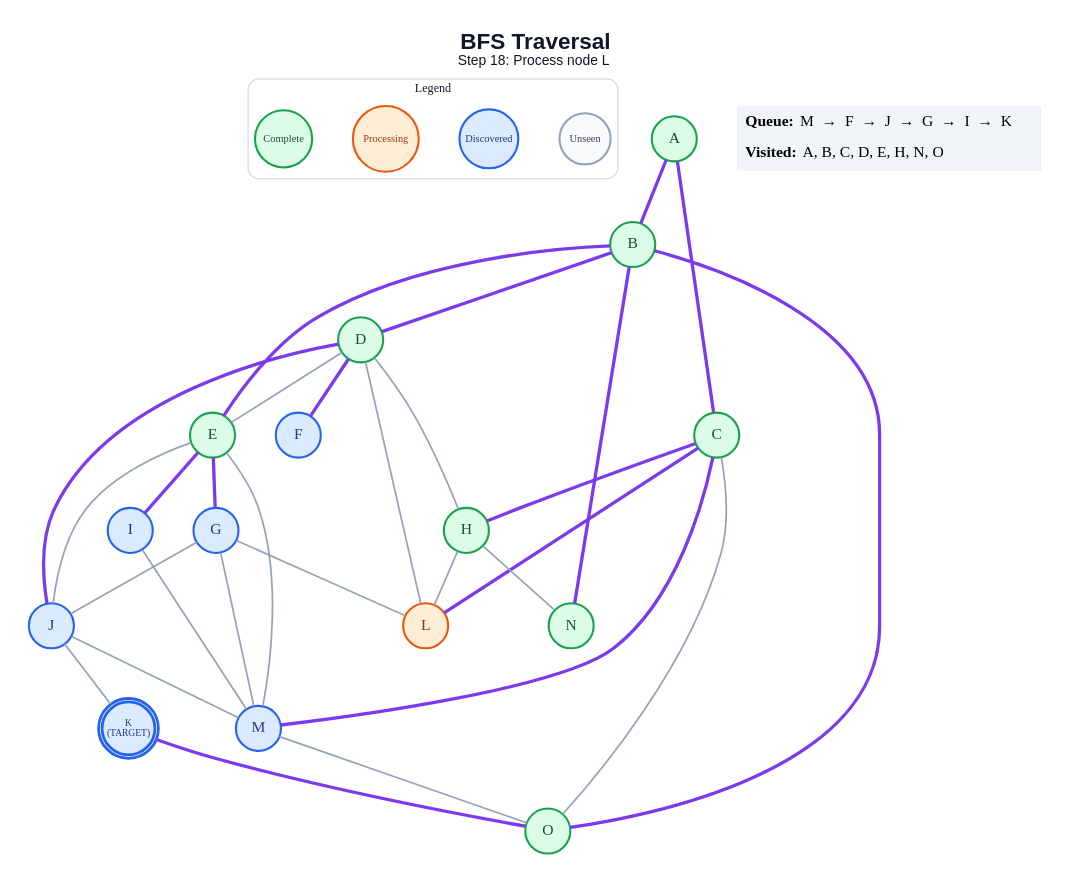
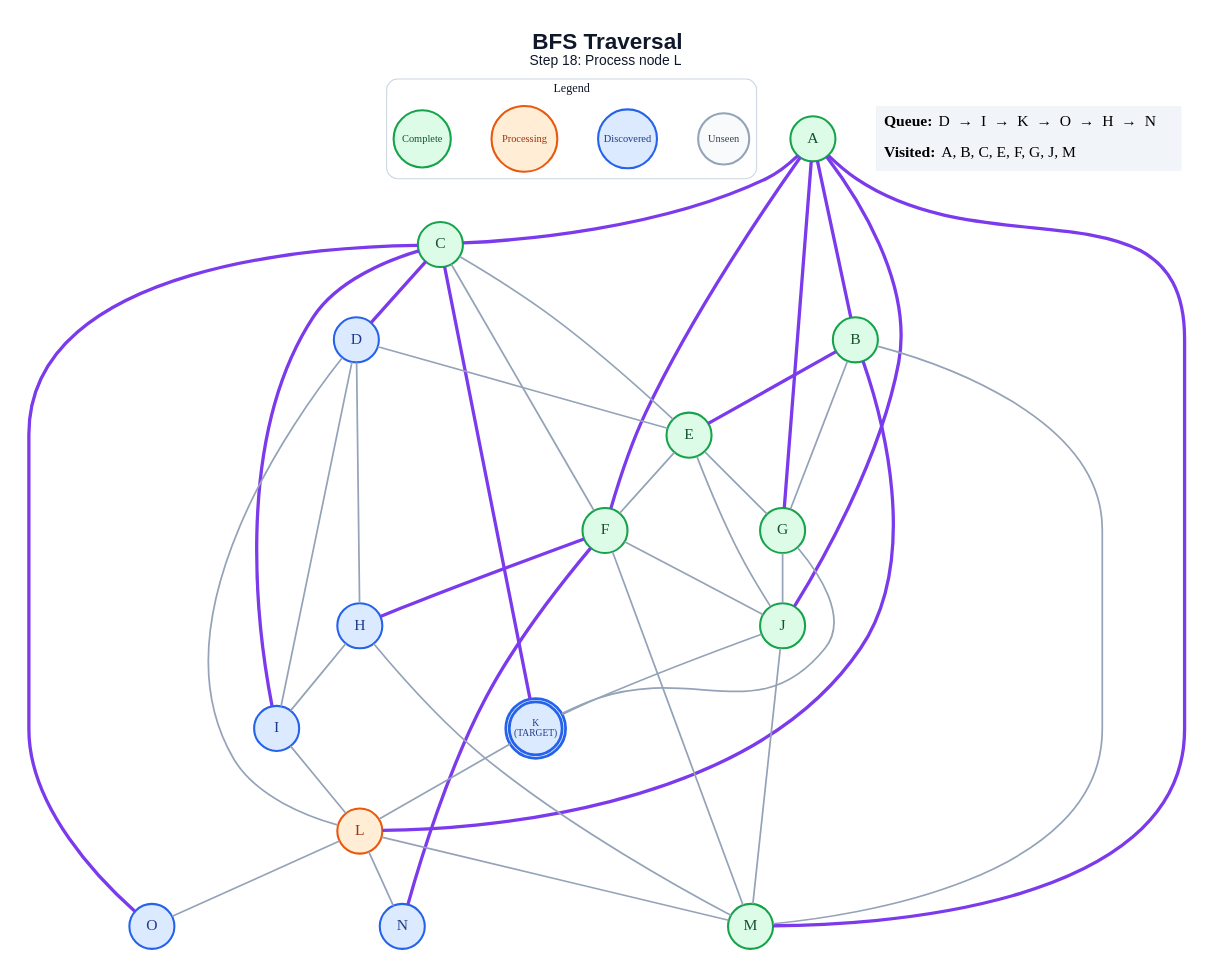
Before and after one commit to anon7238593-create/ai-slop: the diagram in generated/bfs/step_18.dot, drawn with Graphviz. The commit also changed 279 other files, not shown here.

```diff
--- a/generated/bfs/step_18.dot
+++ b/generated/bfs/step_18.dot
@@ -1,63 +1,72 @@
 graph traversal {
   graph [layout=dot, rankdir=TB, bgcolor="#FFFFFF", pad="0.35", nodesep="0.65", ranksep="0.8", fontname="Arial"];
   node [shape=circle, style="filled", fontname="Arial Bold", fontsize=18, width=0.72, fixedsize=true, penwidth=2.4];
   edge [color="#94A3B8", penwidth=2.0];
   label=<<B>BFS Traversal</B><BR/><FONT POINT-SIZE="16">Step 18: Process node L</FONT>>; labelloc="t"; fontsize=26; fontname="Arial"; fontcolor="#0F172A";
   subgraph cluster_legend { label="Legend"; color="#CBD5E1"; penwidth=1.2; style="rounded"; fontsize=14; fontname="Arial Bold";
     key_unseen [label="Unseen", fillcolor="#F8FAFC", color="#94A3B8", fontcolor="#334155", fontsize=12, width=0.82];
     key_frontier [label="Discovered", fillcolor="#DBEAFE", color="#2563EB", fontcolor="#1E3A8A", fontsize=12, width=0.95];
     key_current [label="Processing", fillcolor="#FFEDD5", color="#EA580C", fontcolor="#9A3412", fontsize=12, width=1.05];
     key_done [label="Complete", fillcolor="#DCFCE7", color="#16A34A", fontcolor="#14532D", fontsize=12, width=0.92];
     { rank=same; key_unseen; key_frontier; key_current; key_done; }
   }
   A [label="A", fillcolor="#DCFCE7", color="#16A34A", fontcolor="#14532D", peripheries=1, penwidth=2.4];
   B [label="B", fillcolor="#DCFCE7", color="#16A34A", fontcolor="#14532D", peripheries=1, penwidth=2.4];
   C [label="C", fillcolor="#DCFCE7", color="#16A34A", fontcolor="#14532D", peripheries=1, penwidth=2.4];
-  D [label="D", fillcolor="#DCFCE7", color="#16A34A", fontcolor="#14532D", peripheries=1, penwidth=2.4];
+  D [label="D", fillcolor="#DBEAFE", color="#2563EB", fontcolor="#1E3A8A", peripheries=1, penwidth=2.4];
   E [label="E", fillcolor="#DCFCE7", color="#16A34A", fontcolor="#14532D", peripheries=1, penwidth=2.4];
-  F [label="F", fillcolor="#DBEAFE", color="#2563EB", fontcolor="#1E3A8A", peripheries=1, penwidth=2.4];
-  G [label="G", fillcolor="#DBEAFE", color="#2563EB", fontcolor="#1E3A8A", peripheries=1, penwidth=2.4];
-  H [label="H", fillcolor="#DCFCE7", color="#16A34A", fontcolor="#14532D", peripheries=1, penwidth=2.4];
+  F [label="F", fillcolor="#DCFCE7", color="#16A34A", fontcolor="#14532D", peripheries=1, penwidth=2.4];
+  G [label="G", fillcolor="#DCFCE7", color="#16A34A", fontcolor="#14532D", peripheries=1, penwidth=2.4];
+  H [label="H", fillcolor="#DBEAFE", color="#2563EB", fontcolor="#1E3A8A", peripheries=1, penwidth=2.4];
   I [label="I", fillcolor="#DBEAFE", color="#2563EB", fontcolor="#1E3A8A", peripheries=1, penwidth=2.4];
-  J [label="J", fillcolor="#DBEAFE", color="#2563EB", fontcolor="#1E3A8A", peripheries=1, penwidth=2.4];
+  J [label="J", fillcolor="#DCFCE7", color="#16A34A", fontcolor="#14532D", peripheries=1, penwidth=2.4];
   K [label="K\n(TARGET)", fillcolor="#DBEAFE", color="#2563EB", fontcolor="#1E3A8A", peripheries=2, penwidth=3.2, fontsize=11, width=0.85, height=0.85];
   L [label="L", fillcolor="#FFEDD5", color="#EA580C", fontcolor="#9A3412", peripheries=1, penwidth=2.4];
-  M [label="M", fillcolor="#DBEAFE", color="#2563EB", fontcolor="#1E3A8A", peripheries=1, penwidth=2.4];
-  N [label="N", fillcolor="#DCFCE7", color="#16A34A", fontcolor="#14532D", peripheries=1, penwidth=2.4];
-  O [label="O", fillcolor="#DCFCE7", color="#16A34A", fontcolor="#14532D", peripheries=1, penwidth=2.4];
+  M [label="M", fillcolor="#DCFCE7", color="#16A34A", fontcolor="#14532D", peripheries=1, penwidth=2.4];
+  N [label="N", fillcolor="#DBEAFE", color="#2563EB", fontcolor="#1E3A8A", peripheries=1, penwidth=2.4];
+  O [label="O", fillcolor="#DBEAFE", color="#2563EB", fontcolor="#1E3A8A", peripheries=1, penwidth=2.4];
   A -- B [color="#7C3AED", penwidth=3.8];
   A -- C [color="#7C3AED", penwidth=3.8];
-  B -- D [color="#7C3AED", penwidth=3.8];
+  A -- F [color="#7C3AED", penwidth=3.8];
+  A -- G [color="#7C3AED", penwidth=3.8];
+  A -- J [color="#7C3AED", penwidth=3.8];
+  A -- M [color="#7C3AED", penwidth=3.8];
   B -- E [color="#7C3AED", penwidth=3.8];
-  B -- N [color="#7C3AED", penwidth=3.8];
-  B -- O [color="#7C3AED", penwidth=3.8];
-  C -- H [color="#7C3AED", penwidth=3.8];
-  C -- L [color="#7C3AED", penwidth=3.8];
-  C -- M [color="#7C3AED", penwidth=3.8];
-  C -- O;
+  B -- G;
+  B -- L [color="#7C3AED", penwidth=3.8];
+  B -- M;
+  C -- D [color="#7C3AED", penwidth=3.8];
+  C -- E;
+  C -- F;
+  C -- I [color="#7C3AED", penwidth=3.8];
+  C -- K [color="#7C3AED", penwidth=3.8];
+  C -- O [color="#7C3AED", penwidth=3.8];
   D -- E;
-  D -- F [color="#7C3AED", penwidth=3.8];
   D -- H;
-  D -- J [color="#7C3AED", penwidth=3.8];
+  D -- I;
   D -- L;
-  E -- G [color="#7C3AED", penwidth=3.8];
-  E -- I [color="#7C3AED", penwidth=3.8];
+  E -- F;
+  E -- G;
   E -- J;
-  E -- M;
+  F -- H [color="#7C3AED", penwidth=3.8];
+  F -- J;
+  F -- M;
+  F -- N [color="#7C3AED", penwidth=3.8];
   G -- J;
-  G -- L;
-  G -- M;
-  H -- L;
-  H -- N;
-  I -- M;
+  G -- K;
+  H -- I;
+  H -- M;
+  I -- L;
   J -- K;
   J -- M;
-  K -- O [color="#7C3AED", penwidth=3.8];
-  M -- O;
+  K -- L;
+  L -- M;
+  L -- N;
+  L -- O;
   status [shape=plain, fixedsize=false, width=0, height=0, margin=0, label=<
     <TABLE BORDER="0" CELLBORDER="0" CELLPADDING="7" BGCOLOR="#F1F5F9">
-      <TR><TD ALIGN="LEFT"><B>Queue:</B> M  →  F  →  J  →  G  →  I  →  K</TD></TR>
-      <TR><TD ALIGN="LEFT"><B>Visited:</B> A, B, C, D, E, H, N, O</TD></TR>
+      <TR><TD ALIGN="LEFT"><B>Queue:</B> D  →  I  →  K  →  O  →  H  →  N</TD></TR>
+      <TR><TD ALIGN="LEFT"><B>Visited:</B> A, B, C, E, F, G, J, M</TD></TR>
     </TABLE>
   >];
 }
```
